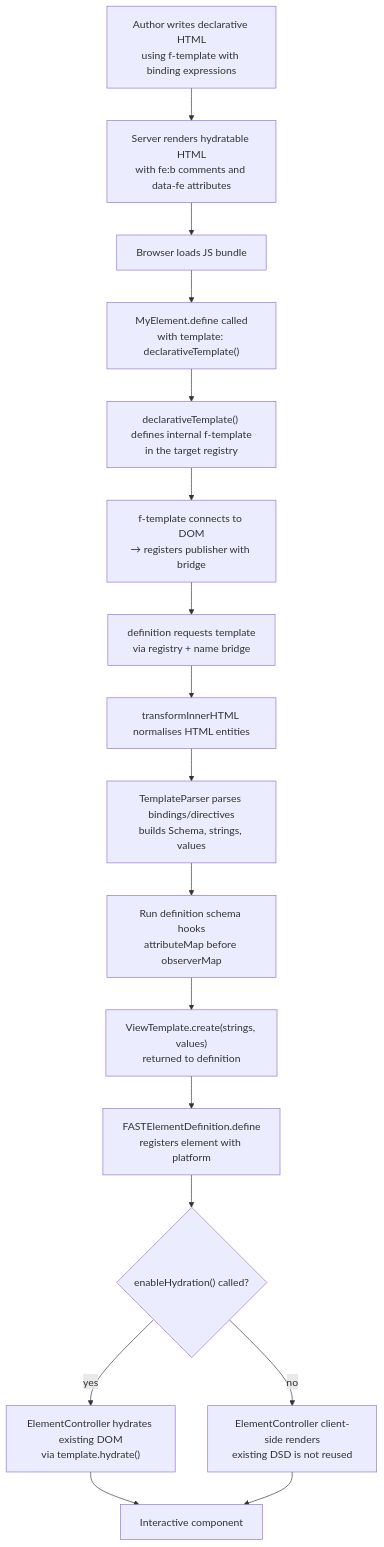
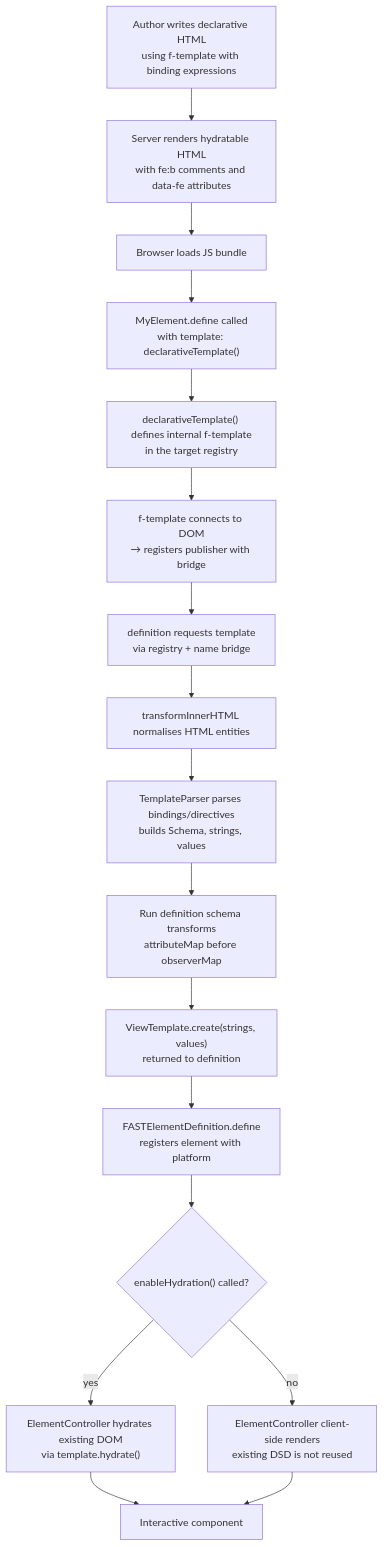
The first of 4 diagrams in packages/fast-element/DECLARATIVE_DESIGN.md (microsoft/fast), drawn with Mermaid before and after one commit. The commit also changed other lines of this file and 6 other files, not shown here.

Commit message:
Rename schema hooks to transforms

````diff
--- a/packages/fast-element/DECLARATIVE_DESIGN.md
+++ b/packages/fast-element/DECLARATIVE_DESIGN.md
@@ -318,31 +318,31 @@
 ```mermaid
 flowchart TD
     A["Author writes declarative HTML
 using f-template with binding expressions"] --> B["Server renders hydratable HTML
 with fe:b comments and data-fe attributes"]
     B --> C[Browser loads JS bundle]
     C --> D["MyElement.define called
 with template: declarativeTemplate()"]
     D --> E["declarativeTemplate() defines internal f-template
 in the target registry"]
     E --> F["f-template connects to DOM
 → registers publisher with bridge"]
     F --> G["definition requests template
 via registry + name bridge"]
     G --> H[transformInnerHTML normalises HTML entities]
     H --> I["TemplateParser parses bindings/directives
 builds Schema, strings, values"]
-    I --> J["Run definition schema hooks
+    I --> J["Run definition schema transforms
 attributeMap before observerMap"]
     J --> K["ViewTemplate.create(strings, values)
 returned to definition"]
     K --> L["FASTElementDefinition.define
 registers element with platform"]
     L --> M{"enableHydration() called?"}
     M -- yes --> N["ElementController hydrates existing DOM
 via template.hydrate()"]
     M -- no --> O["ElementController client-side renders
 existing DSD is not reused"]
     N --> P[Interactive component]
     O --> P
 ```
````
